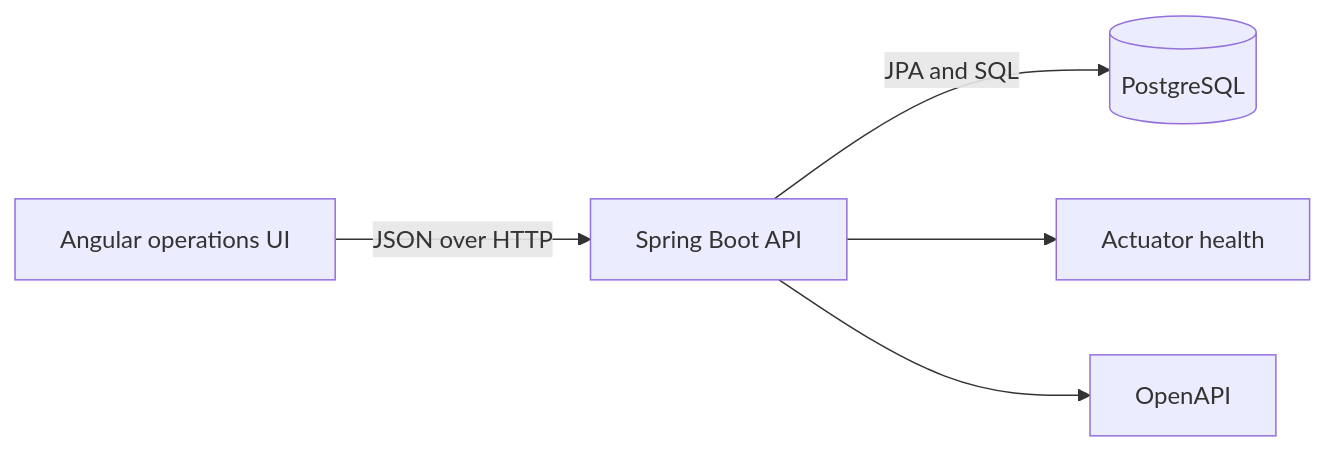
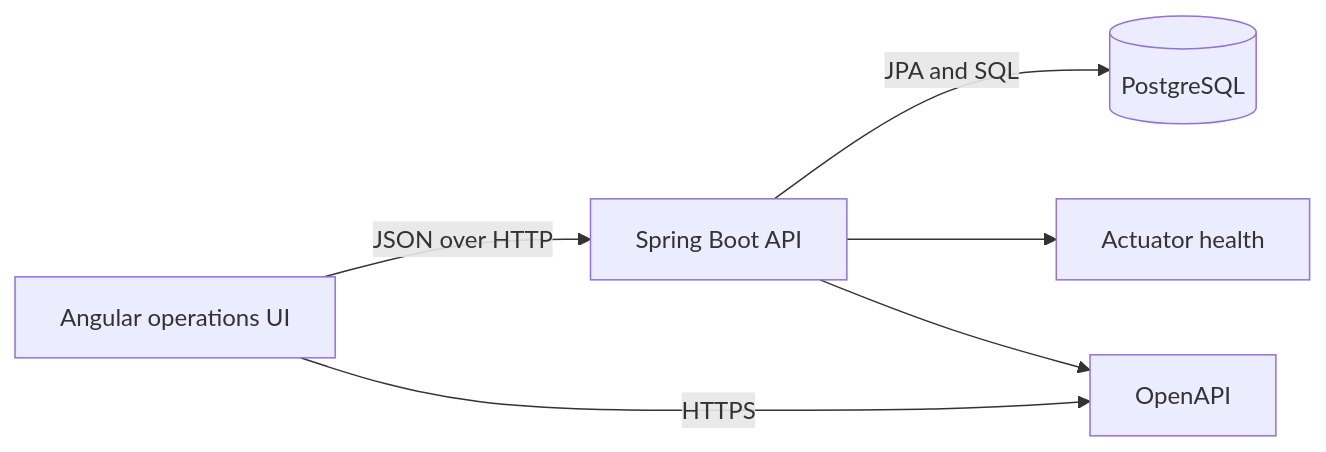
Before and after one commit to JustRK-07/Rail-Yard-Slot-and-Conflict-Manager: the first of 2 diagrams in docs/architecture.md, drawn with Mermaid. The commit also changed other lines of this file and 10 other files, not shown here.

Commit message:
docs: reflect master-data slice status in README, overview, roadmap, and ADRs

````diff
--- a/docs/architecture.md
+++ b/docs/architecture.md
@@ -7,7 +7,8 @@
 ```mermaid
 flowchart LR
     Browser[Angular operations UI] -->|JSON over HTTP| API[Spring Boot API]
     API -->|JPA and SQL| DB[(PostgreSQL)]
     API --> Health[Actuator health]
     API --> Docs[OpenAPI]
+    Browser -->|HTTPS| Docs
 ```
````
